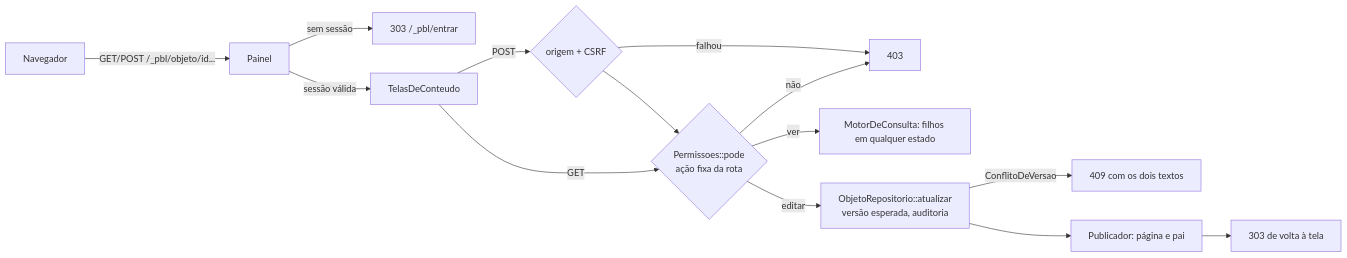
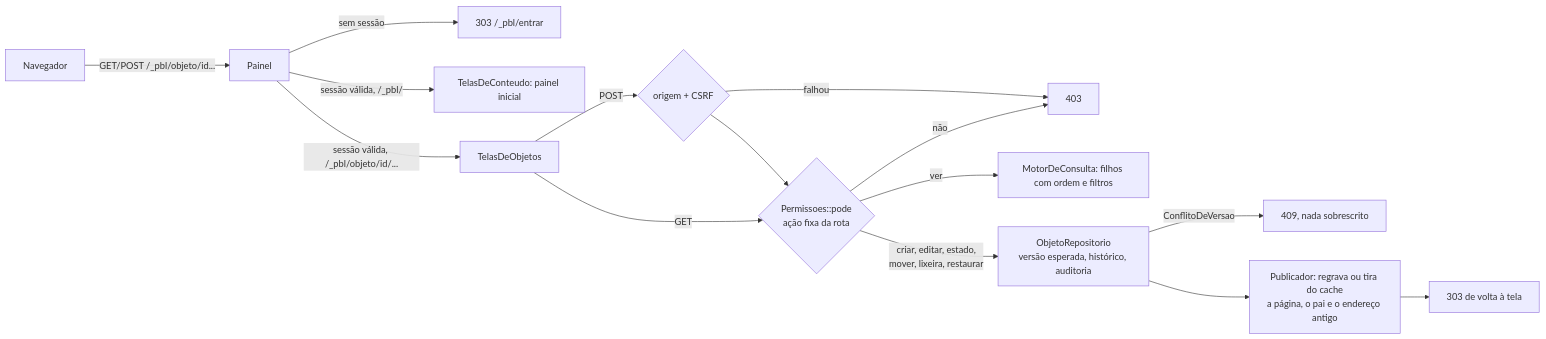
Before and after one commit to publicare/publicare4: the third of 3 diagrams in docs/tecnica/arquitetura.md, drawn with Mermaid. The commit also changed other lines of this file and 9 other files, not shown here.

Commit message:
Telas de objetos respeitam os tipos de conteúdo da fase 5c: tipos aceitos como filhos (criar e mover), campos obrigatórios, arquivados e rótulos; documentação refeita sobre a da 5c

````diff
--- a/docs/tecnica/arquitetura.md
+++ b/docs/tecnica/arquitetura.md
@@ -45,15 +45,16 @@
 ```mermaid
 flowchart LR
     N[Navegador] -->|GET/POST /_pbl/objeto/id...| PA[Painel]
     PA -->|sem sessão| E[303 /_pbl/entrar]
-    PA -->|sessão válida| T[TelasDeConteudo]
+    PA -->|sessão válida, /_pbl/| TC[TelasDeConteudo: painel inicial]
+    PA -->|sessão válida, /_pbl/objeto/id/...| T[TelasDeObjetos]
     T -->|POST| CS{origem + CSRF}
     CS -->|falhou| F[403]
     CS --> PE{Permissoes::pode<br/>ação fixa da rota}
     T -->|GET| PE
     PE -->|não| F
-    PE -->|ver| MC[MotorDeConsulta: filhos em qualquer estado]
-    PE -->|editar| OR[ObjetoRepositorio::atualizar<br/>versão esperada, auditoria]
-    OR -->|ConflitoDeVersao| C409[409 com os dois textos]
-    OR --> PU[Publicador: página e pai] --> R[303 de volta à tela]
+    PE -->|ver| MC[MotorDeConsulta: filhos com ordem e filtros]
+    PE -->|criar, editar, estado,<br/>mover, lixeira, restaurar| OR[ObjetoRepositorio<br/>versão esperada, histórico, auditoria]
+    OR -->|ConflitoDeVersao| C409[409, nada sobrescrito]
+    OR --> PU[Publicador: regrava ou tira do cache<br/>a página, o pai e o endereço antigo] --> R[303 de volta à tela]
 ```
````
